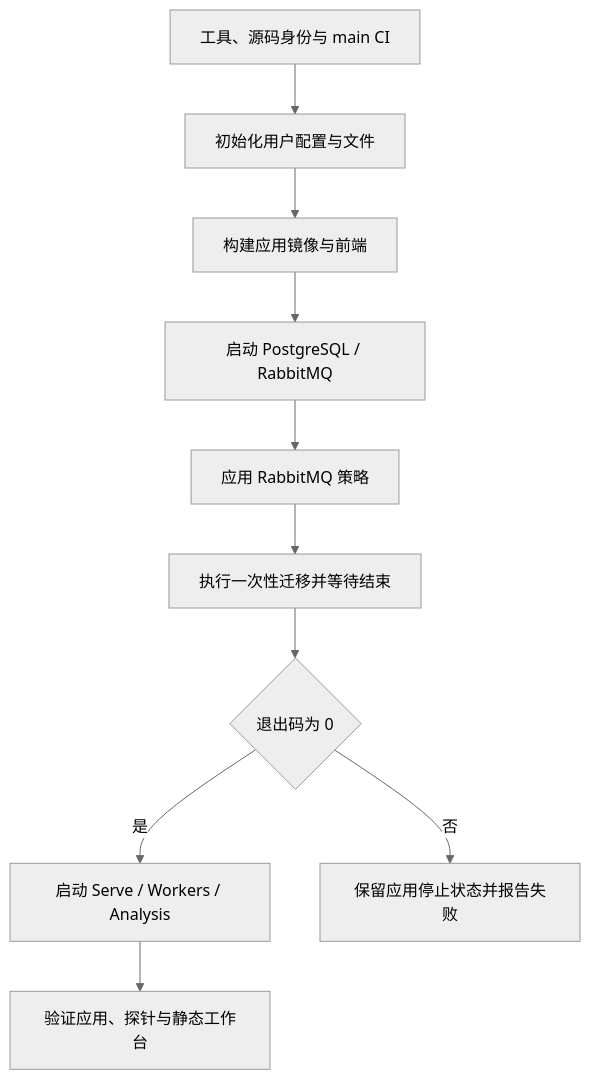
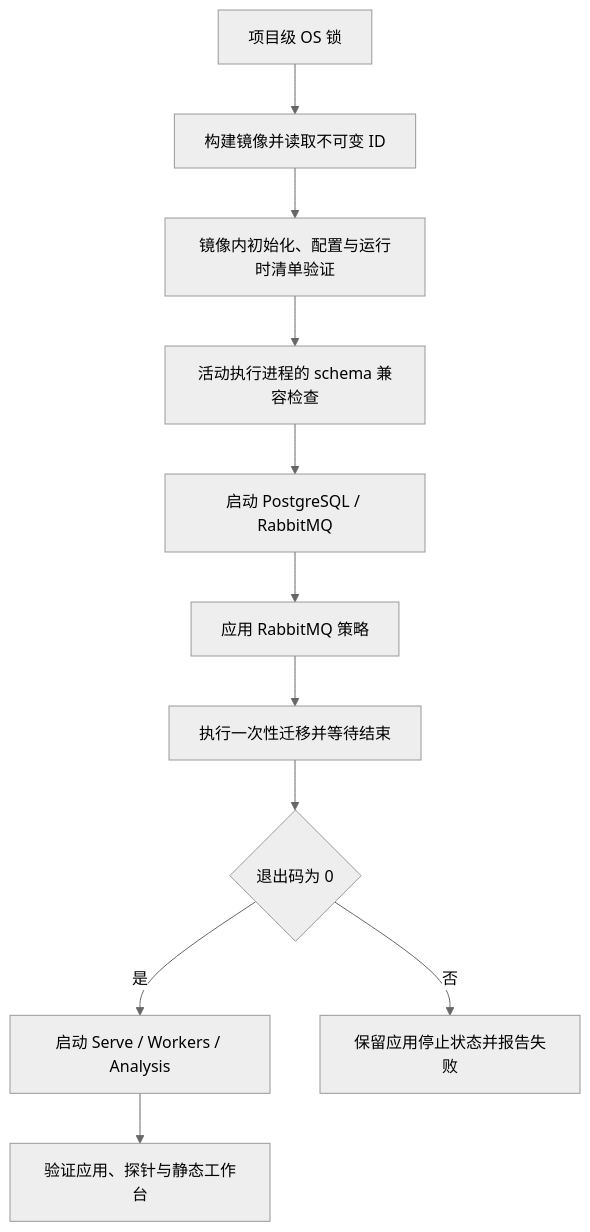
One commit to AnalyThothAI/tracefold changed the diagram in docs/SETUP.md. Above: the diagram before and after it, drawn with Mermaid (neutral theme). The commit also changed other lines of this file and 35 other files, not shown here.

````diff
--- a/docs/SETUP.md
+++ b/docs/SETUP.md
@@ -33,12 +36,13 @@
 ```mermaid
 flowchart TD
-    Preflight["工具、源码身份与 main CI"] --> Init["初始化用户配置与文件"]
-    Init --> Build["构建应用镜像与前端"]
-    Build --> Infra["启动 PostgreSQL / RabbitMQ"]
+    Lock["项目级 OS 锁"] --> Build["构建镜像并读取不可变 ID"]
+    Build --> Init["镜像内初始化、配置与运行时清单验证"]
+    Init --> Window["活动执行进程的 schema 兼容检查"]
+    Window --> Infra["启动 PostgreSQL / RabbitMQ"]
     Infra --> Policy["应用 RabbitMQ 策略"]
     Policy --> Migrate["执行一次性迁移并等待结束"]
     Migrate --> Result{"退出码为 0"}
     Result -->|"是"| App["启动 Serve / Workers / Analysis"]
     Result -->|"否"| Stop["保留应用停止状态并报告失败"]
     App --> Ready["验证应用、探针与静态工作台"]
 ```
````
